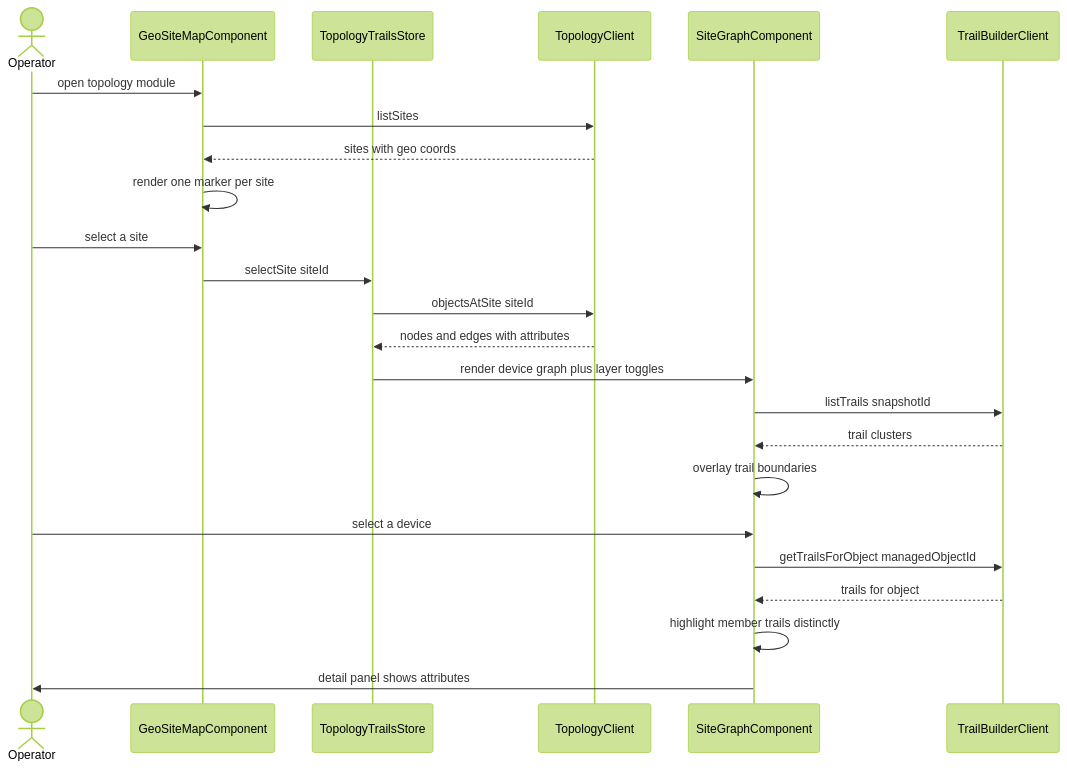
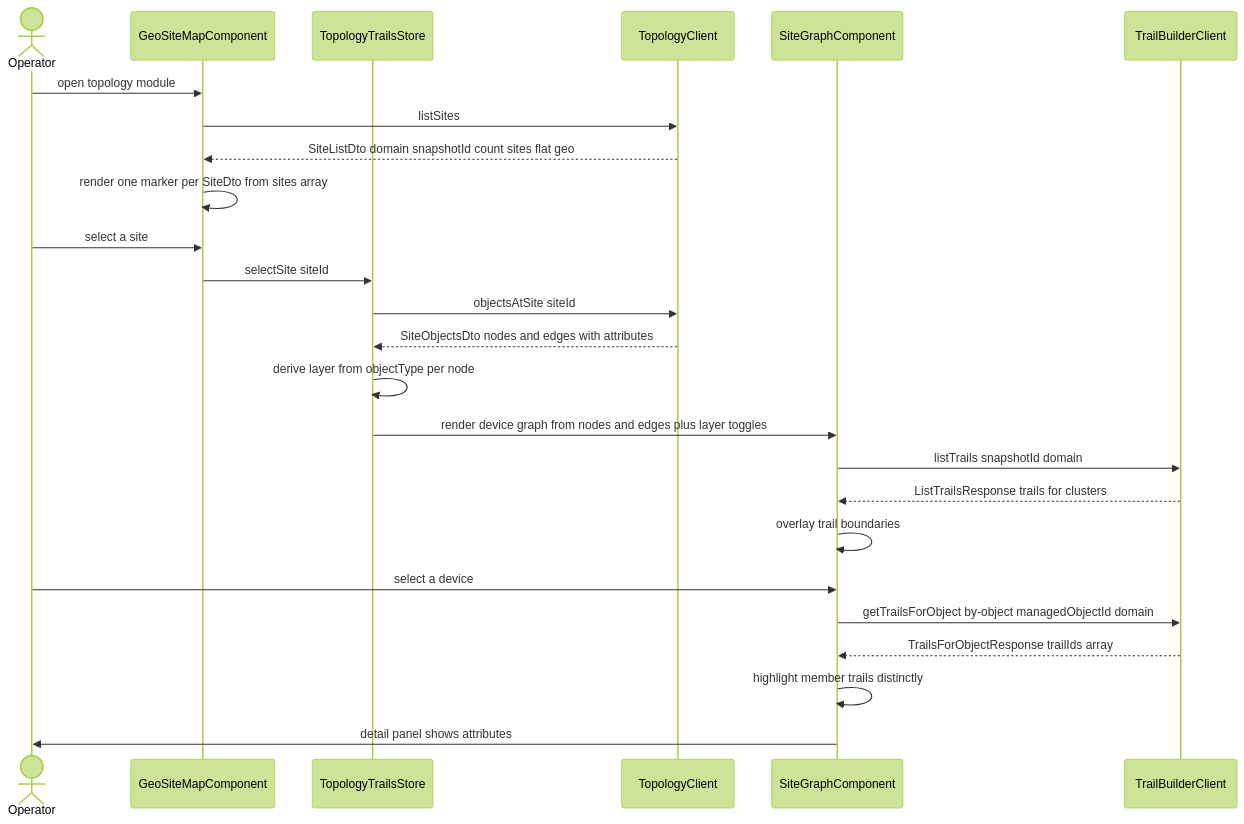
One commit to nikhilmohan/correlation-platform changed the eighth of 13 diagrams in services/web-ui/design.md. Above: the diagram before and after it, drawn with Mermaid (forest theme). The commit also changed other lines of this file and 20 other files, not shown here.

````diff
--- a/services/web-ui/design.md
+++ b/services/web-ui/design.md
@@ -584,26 +809,27 @@
 ```mermaid
 sequenceDiagram
   actor Operator
   participant Map as GeoSiteMapComponent
   participant Store as TopologyTrailsStore
   participant TC as TopologyClient
   participant Graph as SiteGraphComponent
   participant TBC as TrailBuilderClient
   Operator->>Map: open topology module
   Map->>TC: listSites
-  TC-->>Map: sites with geo coords
-  Map->>Map: render one marker per site
+  TC-->>Map: SiteListDto domain snapshotId count sites flat geo
+  Map->>Map: render one marker per SiteDto from sites array
   Operator->>Map: select a site
   Map->>Store: selectSite siteId
   Store->>TC: objectsAtSite siteId
-  TC-->>Store: nodes and edges with attributes
-  Store->>Graph: render device graph plus layer toggles
-  Graph->>TBC: listTrails snapshotId
-  TBC-->>Graph: trail clusters
+  TC-->>Store: SiteObjectsDto nodes and edges with attributes
+  Store->>Store: derive layer from objectType per node
+  Store->>Graph: render device graph from nodes and edges plus layer toggles
+  Graph->>TBC: listTrails snapshotId domain
+  TBC-->>Graph: ListTrailsResponse trails for clusters
   Graph->>Graph: overlay trail boundaries
   Operator->>Graph: select a device
-  Graph->>TBC: getTrailsForObject managedObjectId
-  TBC-->>Graph: trails for object
+  Graph->>TBC: getTrailsForObject by-object managedObjectId domain
+  TBC-->>Graph: TrailsForObjectResponse trailIds array
   Graph->>Graph: highlight member trails distinctly
   Graph->>Operator: detail panel shows attributes
 ```
````
